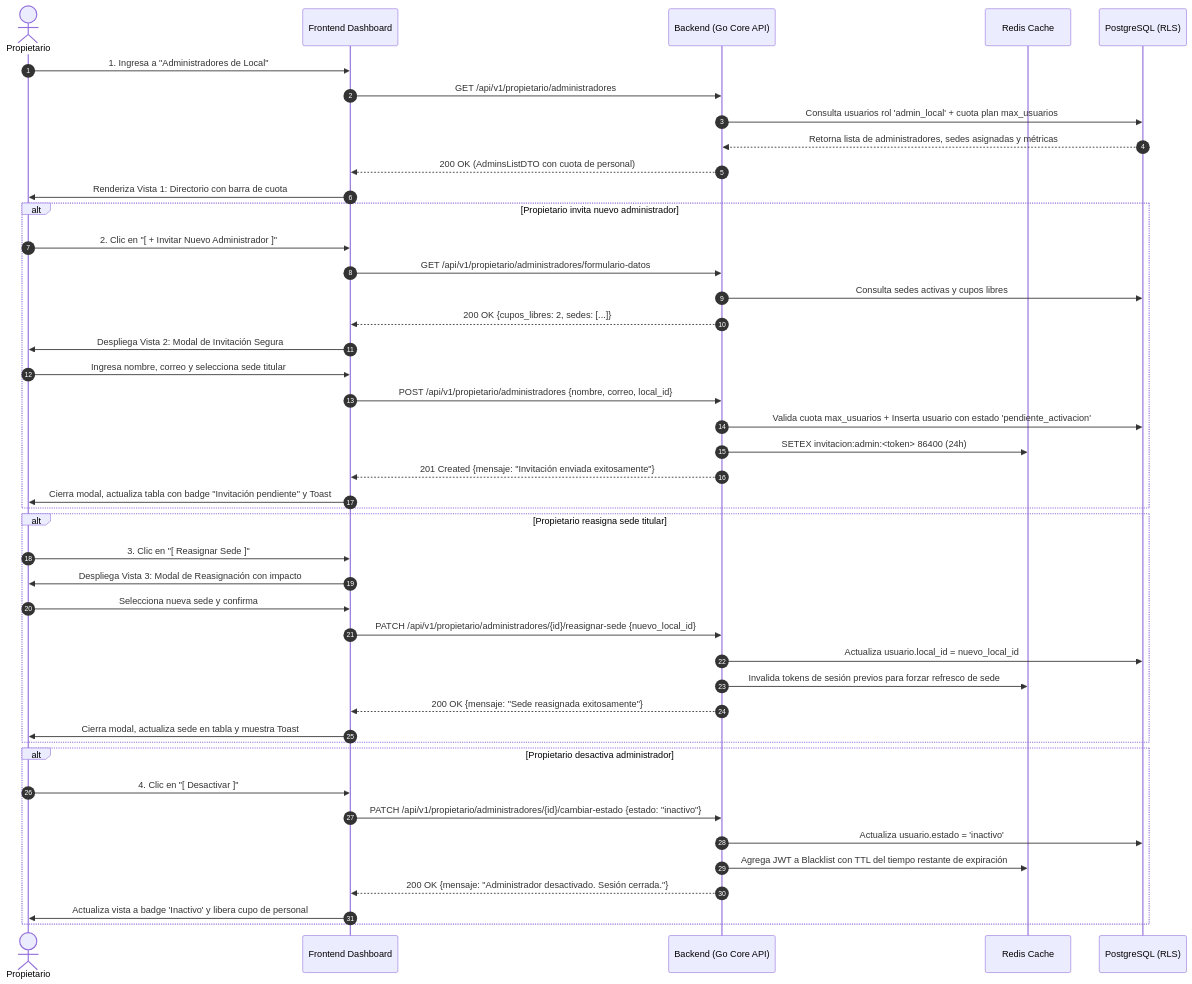
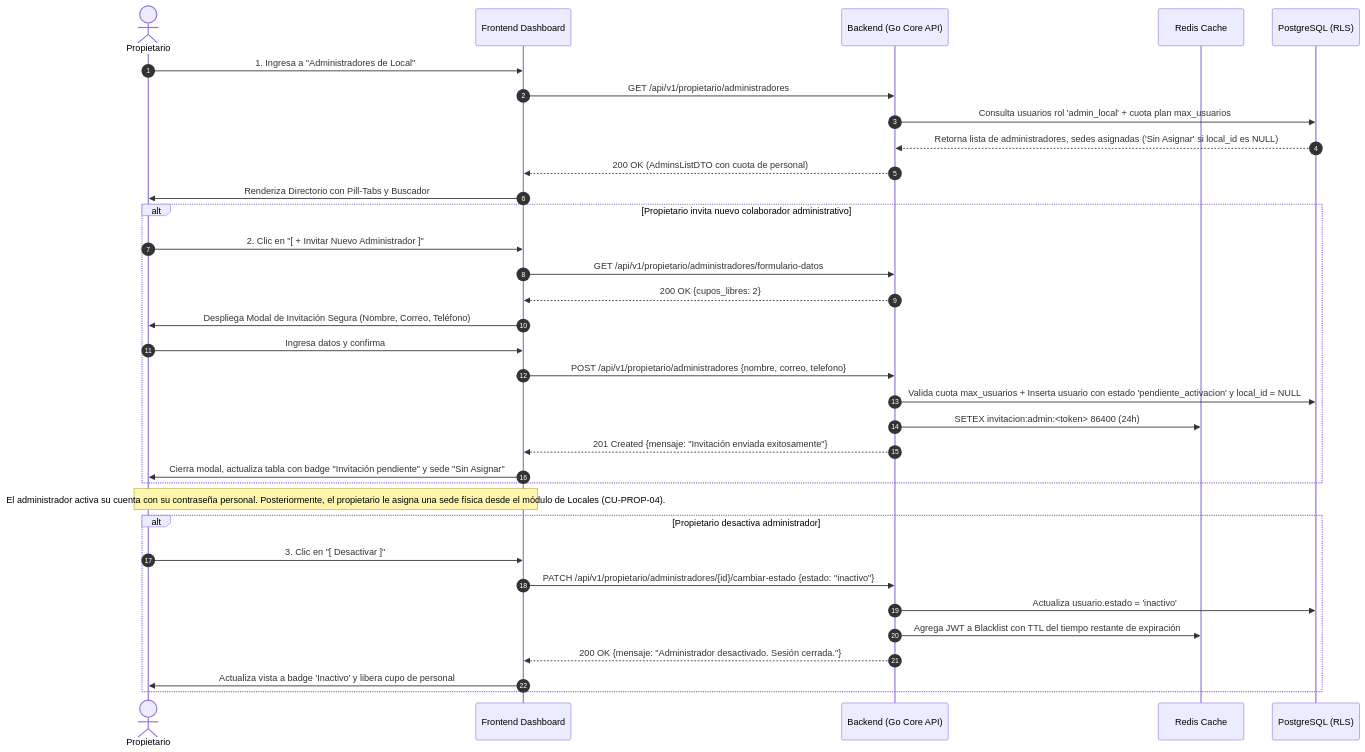
The diagram in wireframe/propietario/CU-PROP-05-administradores-local/wireframe.md (JCHUIZ10/RestaurantCloud_AI_backend), drawn with Mermaid before and after one commit. The commit also changed other lines of this file and 8 other files, not shown here.

Commit message:
Actualizar Vista de CU-PROP-05: Crear y Gestionar Administradores de Local

````diff
--- a/wireframe/propietario/CU-PROP-05-administradores-local/wireframe.md
+++ b/wireframe/propietario/CU-PROP-05-administradores-local/wireframe.md
@@ -22,54 +26,44 @@
 ```mermaid
 sequenceDiagram
     autonumber
     actor P as Propietario
     participant FE as Frontend Dashboard
     participant BE as Backend (Go Core API)
     participant Redis as Redis Cache
     participant DB as PostgreSQL (RLS)
 
     %% 1. Consulta del Directorio
     P->>FE: 1. Ingresa a "Administradores de Local"
     FE->>BE: GET /api/v1/propietario/administradores
     BE->>DB: Consulta usuarios rol 'admin_local' + cuota plan max_usuarios
-    DB-->>BE: Retorna lista de administradores, sedes asignadas y métricas
+    DB-->>BE: Retorna lista de administradores, sedes asignadas ('Sin Asignar' si local_id es NULL)
     BE-->>FE: 200 OK (AdminsListDTO con cuota de personal)
-    FE->>P: Renderiza Vista 1: Directorio con barra de cuota
+    FE->>P: Renderiza Directorio con Pill-Tabs y Buscador
 
-    %% 2. Invitación Segura de Administrador
-    alt Propietario invita nuevo administrador
+    %% 2. Invitación Segura de Administrador (Sin atar a sede)
+    alt Propietario invita nuevo colaborador administrativo
         P->>FE: 2. Clic en "[ + Invitar Nuevo Administrador ]"
         FE->>BE: GET /api/v1/propietario/administradores/formulario-datos
-        BE->>DB: Consulta sedes activas y cupos libres
-        BE-->>FE: 200 OK {cupos_libres: 2, sedes: [...]}
-        FE->>P: Despliega Vista 2: Modal de Invitación Segura
-        P->>FE: Ingresa nombre, correo y selecciona sede titular
-        FE->>BE: POST /api/v1/propietario/administradores {nombre, correo, local_id}
-        BE->>DB: Valida cuota max_usuarios + Inserta usuario con estado 'pendiente_activacion'
+        BE-->>FE: 200 OK {cupos_libres: 2}
+        FE->>P: Despliega Modal de Invitación Segura (Nombre, Correo, Teléfono)
+        P->>FE: Ingresa datos y confirma
+        FE->>BE: POST /api/v1/propietario/administradores {nombre, correo, telefono}
+        BE->>DB: Valida cuota max_usuarios + Inserta usuario con estado 'pendiente_activacion' y local_id = NULL
         BE->>Redis: SETEX invitacion:admin:<token> 86400 (24h)
         BE-->>FE: 201 Created {mensaje: "Invitación enviada exitosamente"}
-        FE->>P: Cierra modal, actualiza tabla con badge "Invitación pendiente" y Toast
+        FE->>P: Cierra modal, actualiza tabla con badge "Invitación pendiente" y sede "Sin Asignar"
     end
 
-    %% 3. Reasignación de Sede Titular (1:1)
-    alt Propietario reasigna sede titular
-        P->>FE: 3. Clic en "[ Reasignar Sede ]"
-        FE->>P: Despliega Vista 3: Modal de Reasignación con impacto
-        P->>FE: Selecciona nueva sede y confirma
-        FE->>BE: PATCH /api/v1/propietario/administradores/{id}/reasignar-sede {nuevo_local_id}
-        BE->>DB: Actualiza usuario.local_id = nuevo_local_id
-        BE->>Redis: Invalida tokens de sesión previos para forzar refresco de sede
-        BE-->>FE: 200 OK {mensaje: "Sede reasignada exitosamente"}
-        FE->>P: Cierra modal, actualiza sede en tabla y muestra Toast
-    end
+    %% 3. Activación y Asignación posterior en CU-PROP-04
+    note over P,FE: El administrador activa su cuenta con su contraseña personal. Posteriormente, el propietario le asigna una sede física desde el módulo de Locales (CU-PROP-04).
 
     %% 4. Desactivación con Revocación Inmediata
     alt Propietario desactiva administrador
-        P->>FE: 4. Clic en "[ Desactivar ]"
+        P->>FE: 3. Clic en "[ Desactivar ]"
         FE->>BE: PATCH /api/v1/propietario/administradores/{id}/cambiar-estado {estado: "inactivo"}
         BE->>DB: Actualiza usuario.estado = 'inactivo'
         BE->>Redis: Agrega JWT a Blacklist con TTL del tiempo restante de expiración
         BE-->>FE: 200 OK {mensaje: "Administrador desactivado. Sesión cerrada."}
         FE->>P: Actualiza vista a badge 'Inactivo' y libera cupo de personal
     end
 ```
````
